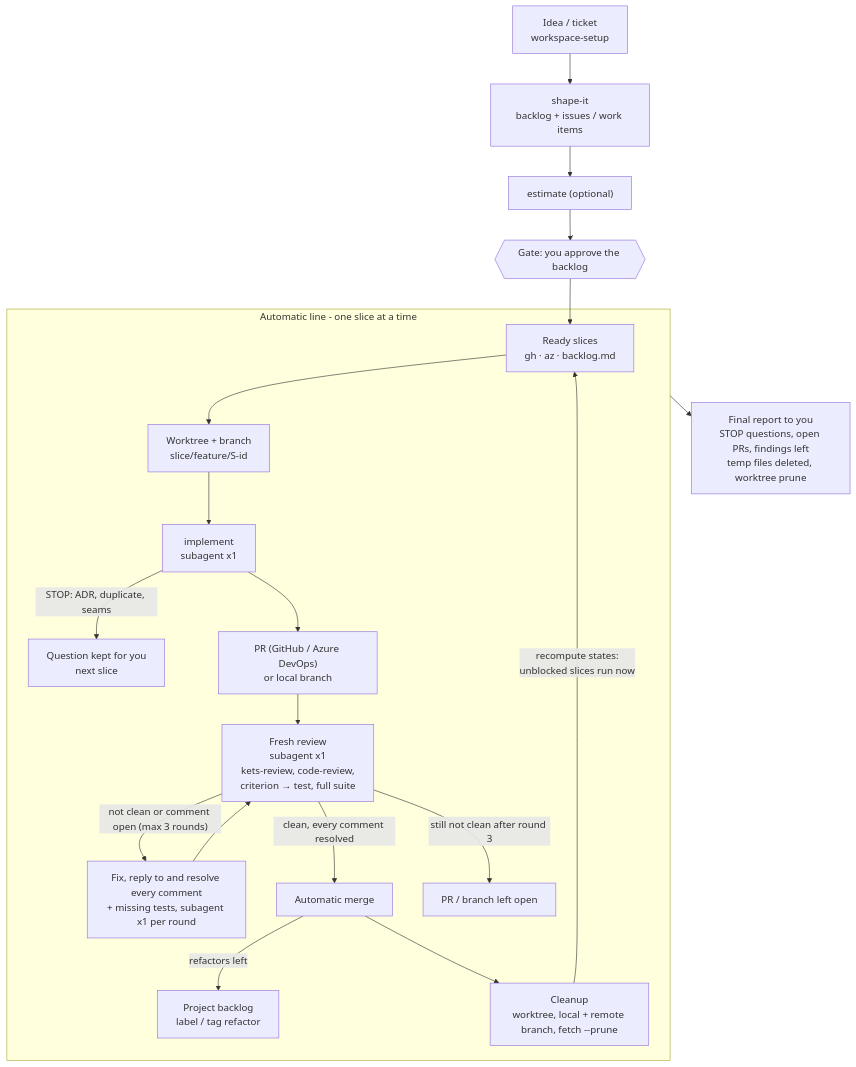
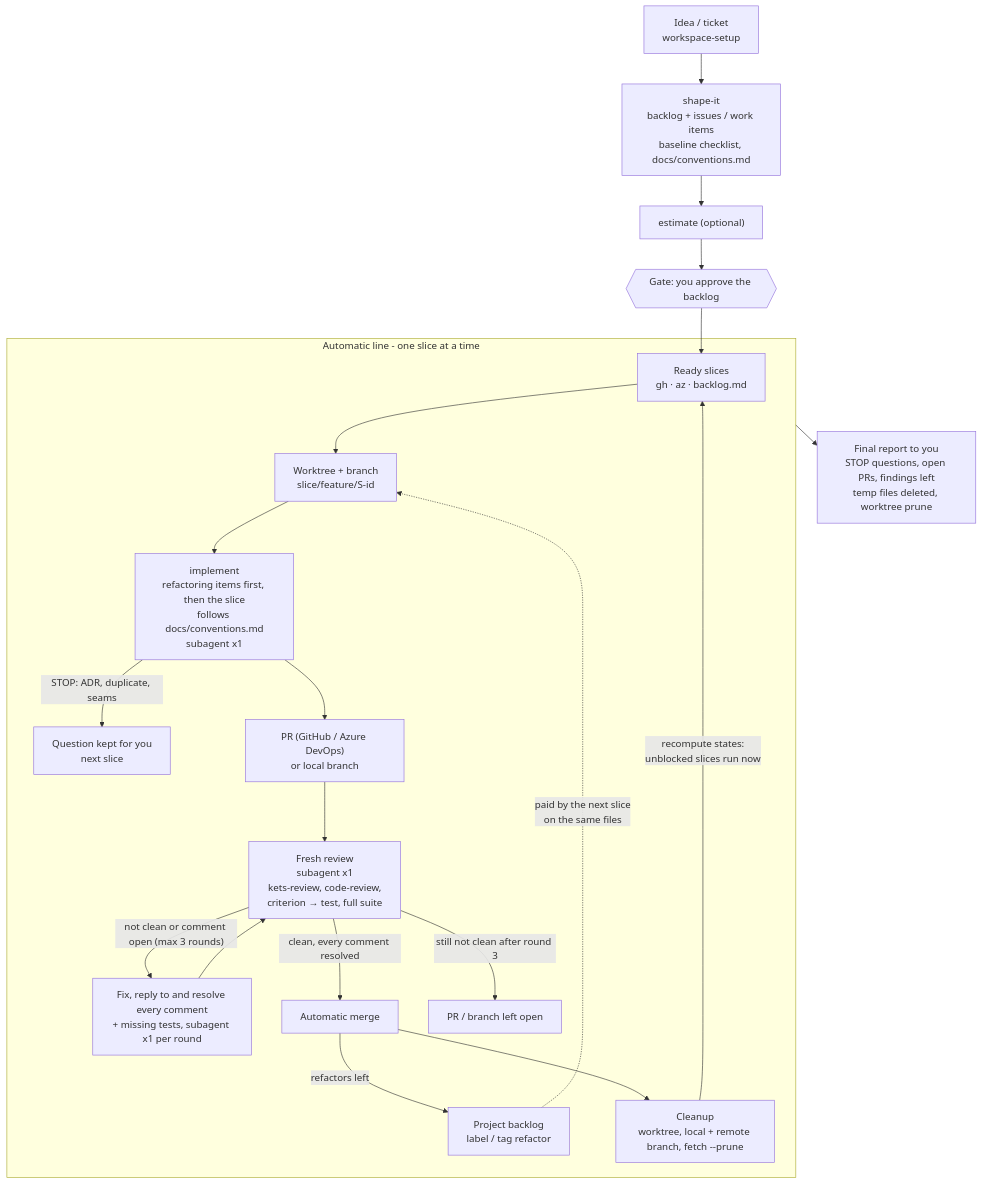
One commit to mikeleg/skills changed the diagram in docs/factory-flow.md. Above: the diagram before and after it, drawn with Mermaid. The commit also changed other lines of this file and 8 other files, not shown here.

First line of the commit message:
Conventions before the factory, refactoring items paid by the next slice

````diff
--- a/docs/factory-flow.md
+++ b/docs/factory-flow.md
@@ -5,24 +5,25 @@
 ```mermaid
 flowchart TD
-    idea["Idea / ticket<br/>workspace-setup"] --> shape["shape-it<br/>backlog + issues / work items"]
+    idea["Idea / ticket<br/>workspace-setup"] --> shape["shape-it<br/>backlog + issues / work items<br/>baseline checklist, docs/conventions.md"]
     shape --> est["estimate (optional)"]
     est --> gate{{"Gate: you approve the backlog"}}
 
     subgraph line ["Automatic line - one slice at a time"]
         ready["Ready slices<br/>gh · az · backlog.md"] --> wt["Worktree + branch<br/>slice/feature/S-id"]
-        wt --> impl["implement<br/>subagent x1"]
+        wt --> impl["implement<br/>refactoring items first, then the slice<br/>follows docs/conventions.md<br/>subagent x1"]
         impl -- "STOP: ADR, duplicate, seams" --> stop["Question kept for you<br/>next slice"]
         impl --> pr["PR (GitHub / Azure DevOps)<br/>or local branch"]
         pr --> review["Fresh review<br/>subagent x1<br/>kets-review, code-review,<br/>criterion → test, full suite"]
         review -- "not clean or comment open (max 3 rounds)" --> fix["Fix, reply to and resolve every comment<br/>+ missing tests, subagent x1 per round"]
         fix --> review
         review -- "clean, every comment resolved" --> merge["Automatic merge"]
         merge -- "refactors left" --> refac["Project backlog<br/>label / tag refactor"]
+        refac -. "paid by the next slice<br/>on the same files" .-> wt
         review -- "still not clean after round 3" --> open["PR / branch left open"]
         merge --> clean["Cleanup<br/>worktree, local + remote branch, fetch --prune"]
         clean -- "recompute states:<br/>unblocked slices run now" --> ready
     end
 
     gate --> ready
     line --> report["Final report to you<br/>STOP questions, open PRs, findings left<br/>temp files deleted, worktree prune"]
 ```
````
